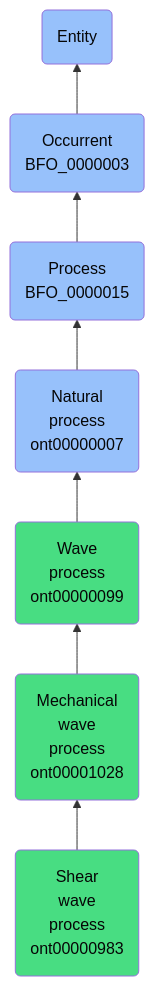
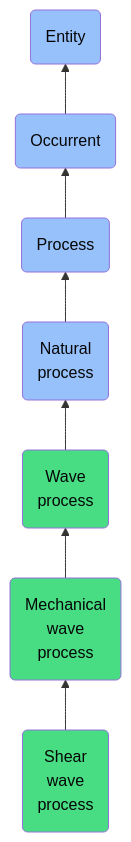
Before and after one commit to jupyter-naas/abi: the diagram in docs/ontology/reference/model/Entity/Occurrent/Process/Natural process/Wave process/Mechanical wave process/Shear wave process/Shear wave process.md, drawn with Mermaid. The commit also changed other lines of this file and 1430 other files, not shown here.

````diff
--- a/docs/ontology/reference/model/Entity/Occurrent/Process/Natural process/Wave process/Mechanical wave process/Shear wave process/Shear wave process.md
+++ b/docs/ontology/reference/model/Entity/Occurrent/Process/Natural process/Wave process/Mechanical wave process/Shear wave process/Shear wave process.md
@@ -24,14 +24,14 @@
 ```mermaid
 graph BT
-    ont00000983(Shear<br>wave<br>process<br>ont00000983):::ABI-->ont00001028
-    ont00001028(Mechanical<br>wave<br>process<br>ont00001028):::ABI-->ont00000099
-    ont00000099(Wave<br>process<br>ont00000099):::ABI-->ont00000007
-    ont00000007(Natural<br>process<br>ont00000007):::BFO-->BFO_0000015
-    BFO_0000015(Process<br>BFO_0000015):::BFO-->BFO_0000003
-    BFO_0000003(Occurrent<br>BFO_0000003):::BFO-->BFO_0000001
+    ont00000983(Shear<br>wave<br>process):::ABI-->ont00001028
+    ont00001028(Mechanical<br>wave<br>process):::ABI-->ont00000099
+    ont00000099(Wave<br>process):::ABI-->ont00000007
+    ont00000007(Natural<br>process):::BFO-->BFO_0000015
+    BFO_0000015(Process):::BFO-->BFO_0000003
+    BFO_0000003(Occurrent):::BFO-->BFO_0000001
     BFO_0000001(Entity):::BFO
     
     classDef BFO fill:#97c1fb,color:#060606
     classDef CCO fill:#e4c51e,color:#060606
     classDef ABI fill:#48DD82,color:#060606
 ```
````
